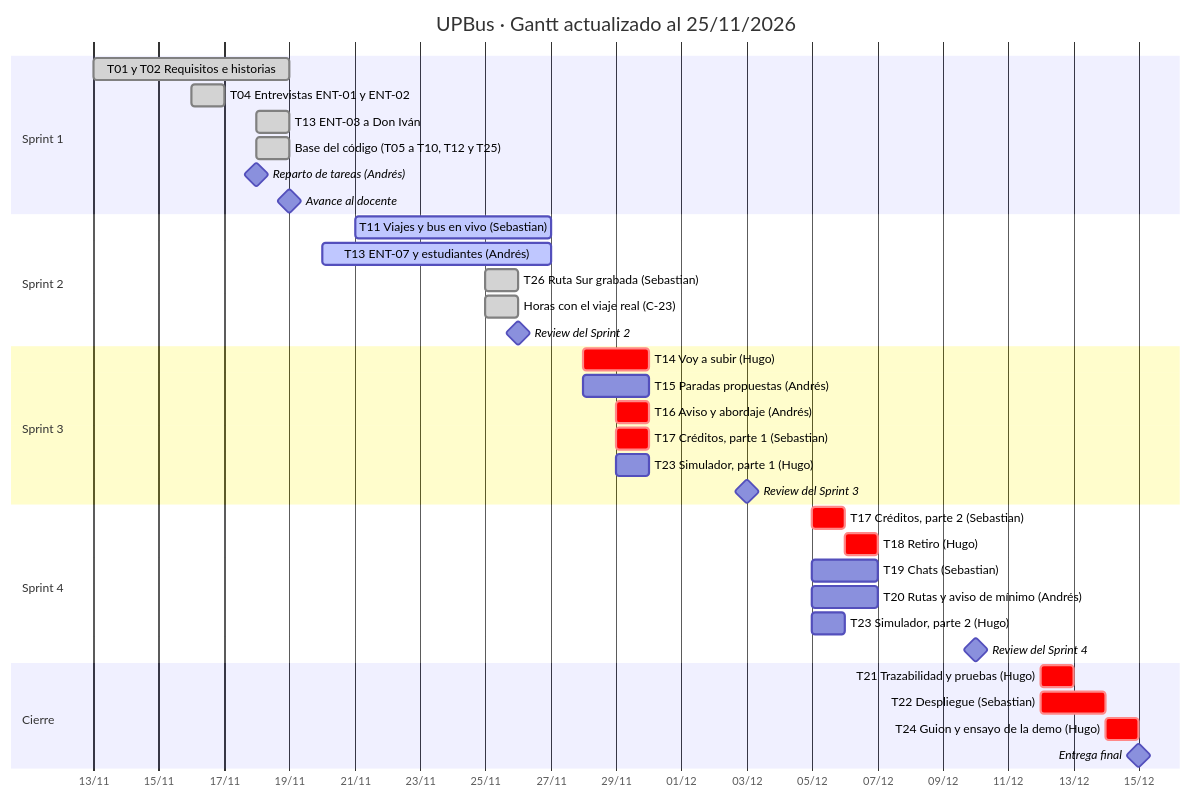
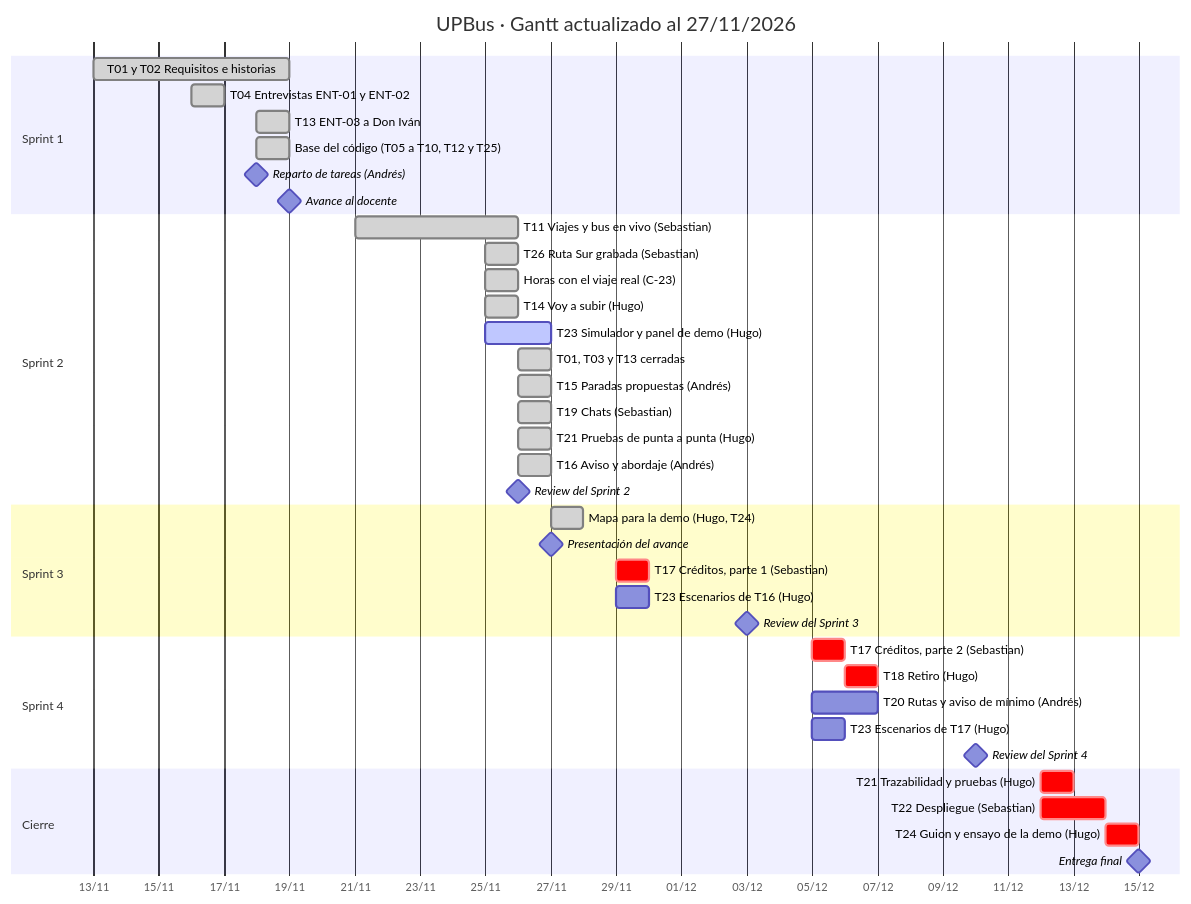
The third of 3 diagrams in docs/sesion-08-09-plan.md (hugozuniga770/UPBus), drawn with Mermaid before and after one commit. The commit also changed other lines of this file and 9 other files, not shown here.

````diff
--- a/docs/sesion-08-09-plan.md
+++ b/docs/sesion-08-09-plan.md
@@ -215,39 +215,43 @@
 ```mermaid
 gantt
-    title UPBus · Gantt actualizado al 25/11/2026
+    title UPBus · Gantt actualizado al 27/11/2026
     dateFormat YYYY-MM-DD
     axisFormat %d/%m
     todayMarker off
     section Sprint 1
     T01 y T02 Requisitos e historias        :done, t0102, 2026-11-13, 6d
     T04 Entrevistas ENT-01 y ENT-02         :done, t04, 2026-11-16, 1d
     T13 ENT-03 a Don Iván                   :done, t13a, 2026-11-18, 1d
     Base del código (T05 a T10, T12 y T25)  :done, base, 2026-11-18, 1d
     Reparto de tareas (Andrés)              :milestone, r1, 2026-11-18, 0d
     Avance al docente                       :milestone, m1, 2026-11-19, 0d
     section Sprint 2
-    T11 Viajes y bus en vivo (Sebastian)    :active, t11, 2026-11-21, 6d
-    T13 ENT-07 y estudiantes (Andrés)       :active, t13b, 2026-11-20, 7d
+    T11 Viajes y bus en vivo (Sebastian)    :done, t11, 2026-11-21, 5d
     T26 Ruta Sur grabada (Sebastian)        :done, t26, 2026-11-25, 1d
     Horas con el viaje real (C-23)          :done, c23, 2026-11-25, 1d
+    T14 Voy a subir (Hugo)                  :done, t14, 2026-11-25, 1d
+    T23 Simulador y panel de demo (Hugo)    :active, t23a, 2026-11-25, 2d
+    T01, T03 y T13 cerradas                 :done, t0103, 2026-11-26, 1d
+    T15 Paradas propuestas (Andrés)         :done, t15, 2026-11-26, 1d
+    T19 Chats (Sebastian)                   :done, t19, 2026-11-26, 1d
+    T21 Pruebas de punta a punta (Hugo)     :done, t21a, 2026-11-26, 1d
+    T16 Aviso y abordaje (Andrés)           :done, t16, 2026-11-26, 1d
     Review del Sprint 2                     :milestone, m2, 2026-11-26, 0d
     section Sprint 3
-    T14 Voy a subir (Hugo)                  :crit, t14, 2026-11-28, 2d
-    T15 Paradas propuestas (Andrés)         :t15, 2026-11-28, 2d
-    T16 Aviso y abordaje (Andrés)           :crit, t16, 2026-11-29, 1d
+    Mapa para la demo (Hugo, T24)           :done, mapa, 2026-11-27, 1d
+    Presentación del avance                 :milestone, m27, 2026-11-27, 0d
     T17 Créditos, parte 1 (Sebastian)       :crit, t17a, 2026-11-29, 1d
-    T23 Simulador, parte 1 (Hugo)           :t23a, 2026-11-29, 1d
+    T23 Escenarios de T16 (Hugo)            :t23b, 2026-11-29, 1d
     Review del Sprint 3                     :milestone, m3, 2026-12-03, 0d
     section Sprint 4
     T17 Créditos, parte 2 (Sebastian)       :crit, t17b, 2026-12-05, 1d
     T18 Retiro (Hugo)                       :crit, t18, 2026-12-06, 1d
-    T19 Chats (Sebastian)                   :t19, 2026-12-05, 2d
     T20 Rutas y aviso de mínimo (Andrés)    :t20, 2026-12-05, 2d
-    T23 Simulador, parte 2 (Hugo)           :t23b, 2026-12-05, 1d
+    T23 Escenarios de T17 (Hugo)            :t23c, 2026-12-05, 1d
     Review del Sprint 4                     :milestone, m4, 2026-12-10, 0d
     section Cierre
     T21 Trazabilidad y pruebas (Hugo)       :crit, t21, 2026-12-12, 1d
     T22 Despliegue (Sebastian)              :crit, t22, 2026-12-12, 2d
     T24 Guion y ensayo de la demo (Hugo)    :crit, t24, 2026-12-14, 1d
     Entrega final                           :milestone, m5, 2026-12-15, 0d
 ```
````
